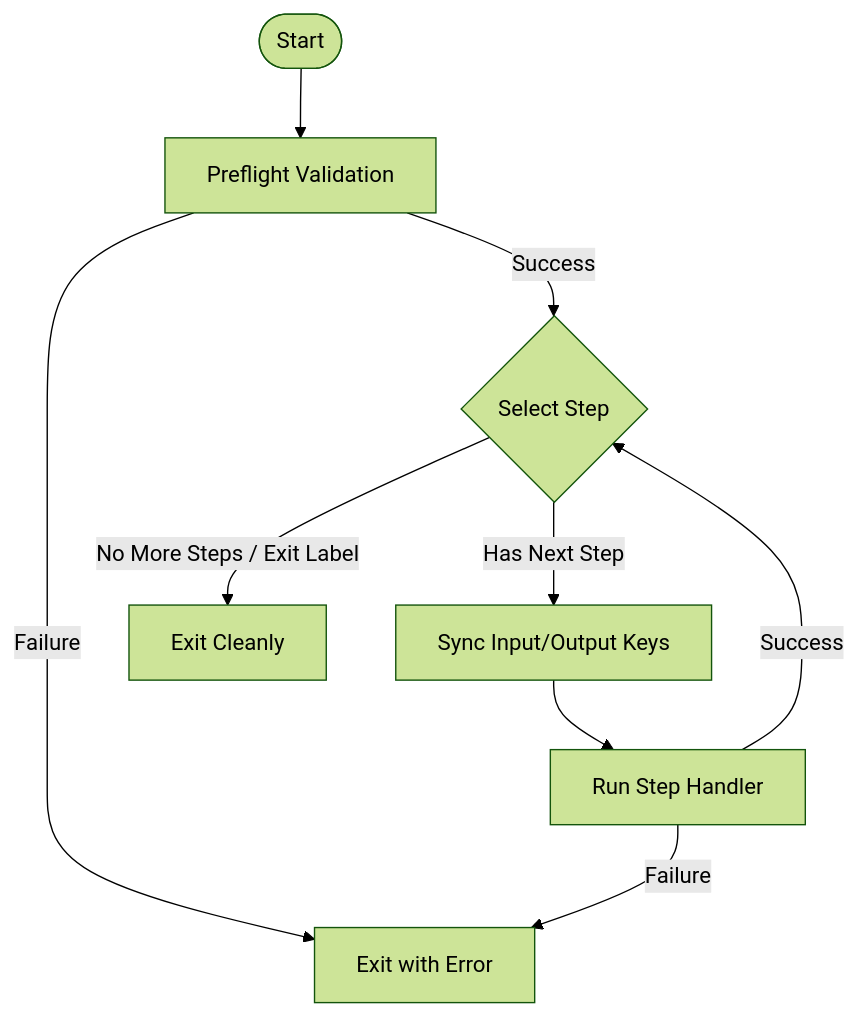
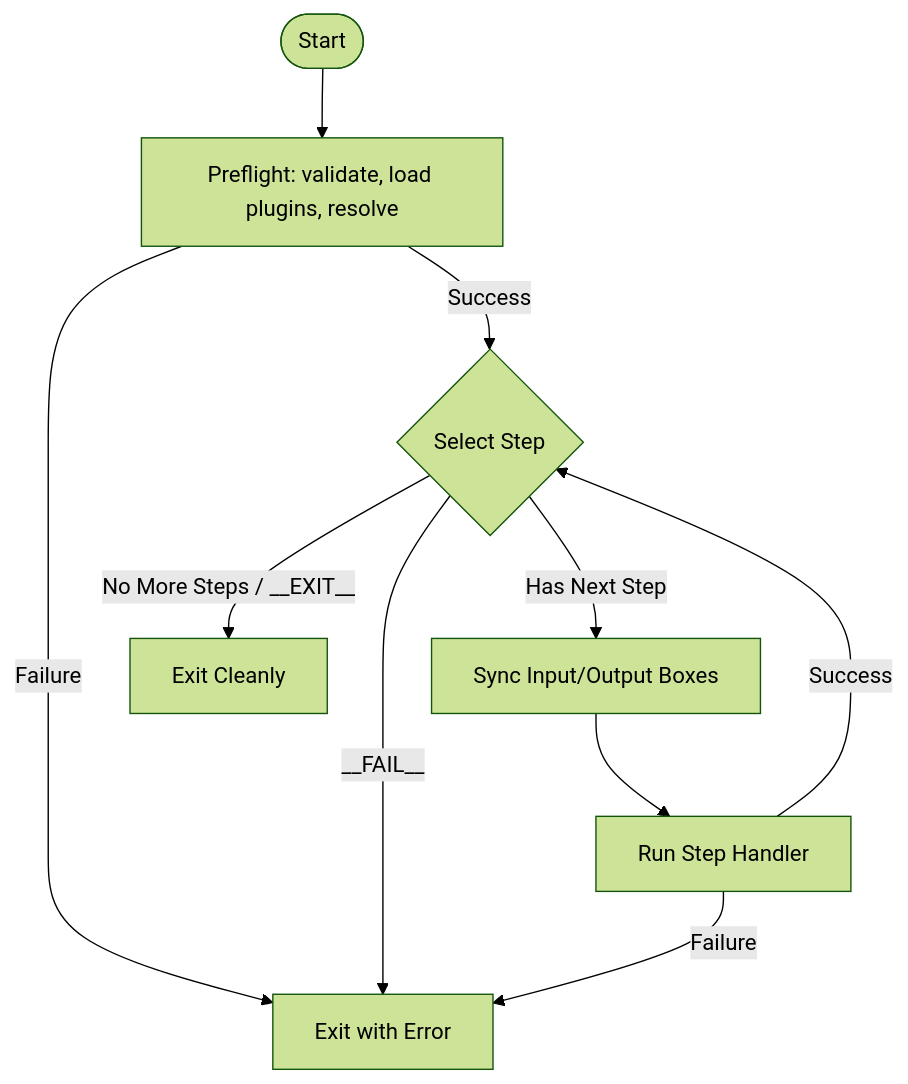
Before and after one commit to Chavithra/rawbox-workspace: the diagram in packages/rawbox-runner/README.md, drawn with Mermaid (forest theme). The commit also changed other lines of this file and 72 other files, not shown here.

````diff
--- a/packages/rawbox-runner/README.md
+++ b/packages/rawbox-runner/README.md
@@ -20,13 +28,14 @@
 ```mermaid
 graph TD
-    Start([Start]) --> Preflight[Preflight Validation]
+    Start([Start]) --> Preflight[Preflight: validate, load plugins, resolve]
     Preflight -->|Success| SelectStep{Select Step}
     Preflight -->|Failure| Fail[Exit with Error]
-    
-    SelectStep -->|Has Next Step| SyncDB[Sync Input/Output Keys]
-    SelectStep -->|No More Steps / Exit Label| Success[Exit Cleanly]
-    
+
+    SelectStep -->|Has Next Step| SyncDB[Sync Input/Output Boxes]
+    SelectStep -->|No More Steps / __EXIT__| Success[Exit Cleanly]
+    SelectStep -->|__FAIL__| Fail
+
     SyncDB --> RunStep[Run Step Handler]
     RunStep -->|Success| SelectStep
     RunStep -->|Failure| Fail
 ```
````
